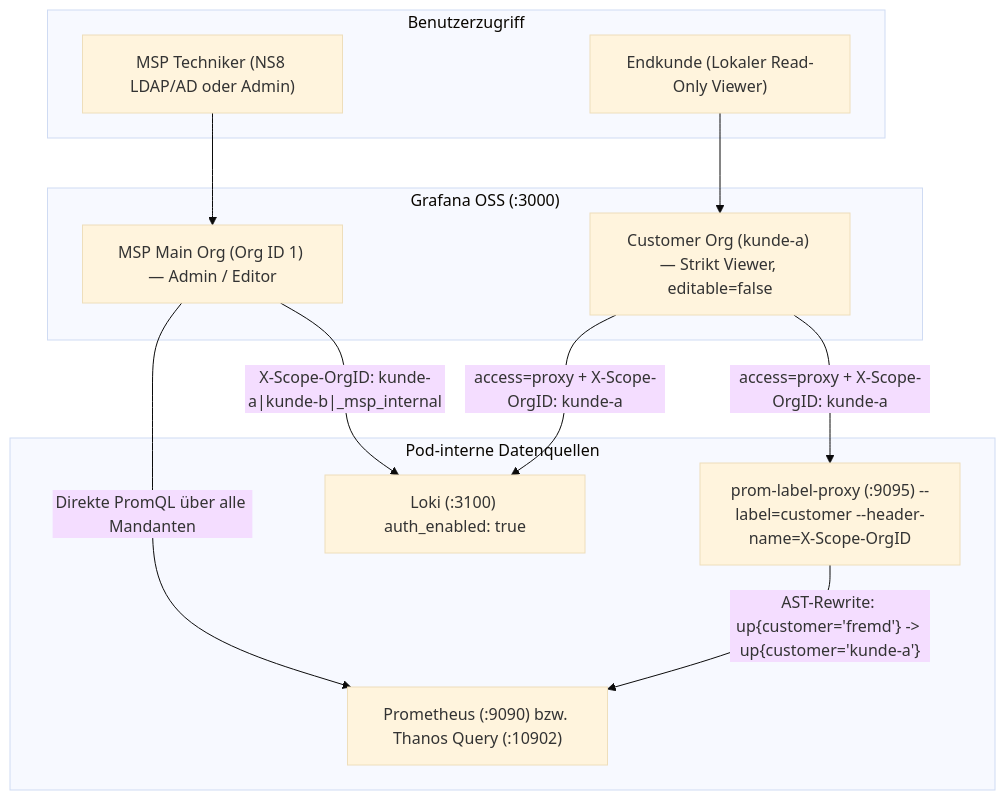
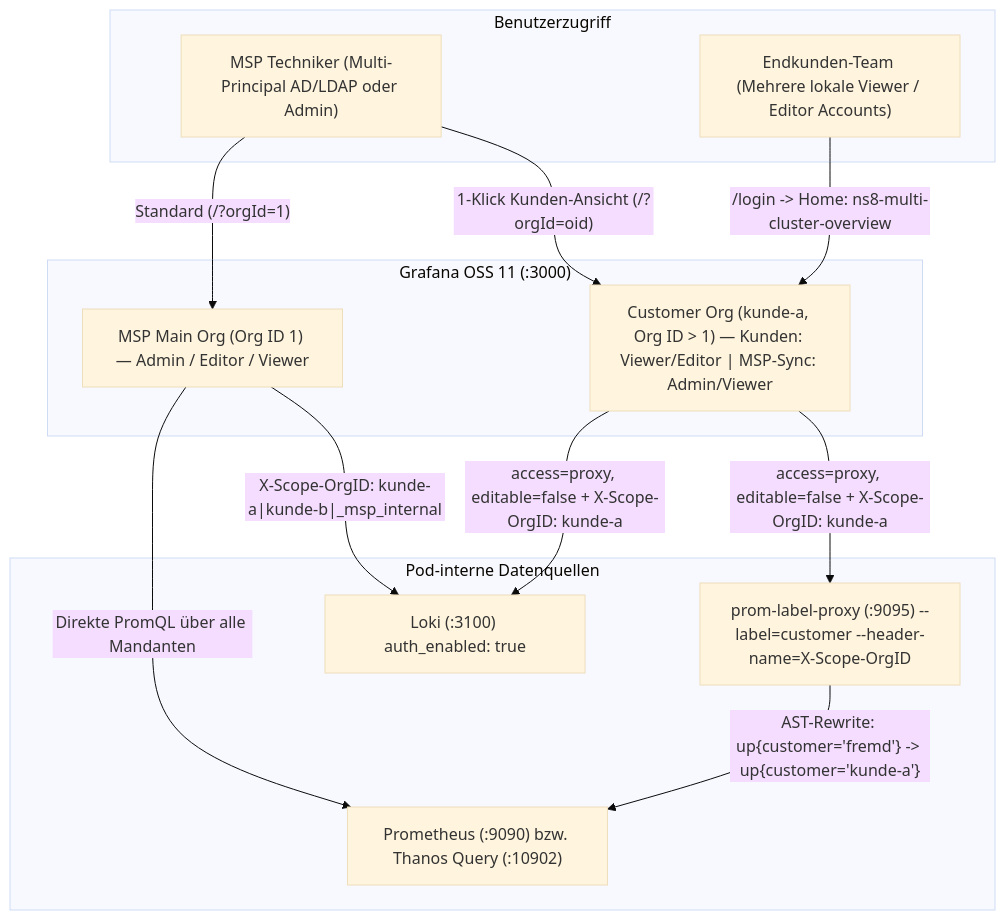
One commit to BLS-ISP/ns8-centralmonitoringservice changed the second of 2 diagrams in docs/architecture.md. Above: the diagram before and after it, drawn with Mermaid (base theme). The commit also changed other lines of this file and 16 other files, not shown here.

Commit message:
docs: add complete v1.1.0 MSP & customer manuals, module READMEs, dashboard/alert catalog, and spec sync

````diff
--- a/docs/architecture.md
+++ b/docs/architecture.md
@@ -99,28 +106,29 @@
 ```mermaid
 flowchart TD
     subgraph Browser["Benutzerzugriff"]
-        MSP["MSP Techniker (NS8 LDAP/AD oder Admin)"]
-        CUST["Endkunde (Lokaler Read-Only Viewer)"]
+        MSP["MSP Techniker (Multi-Principal AD/LDAP oder Admin)"]
+        CUST["Endkunden-Team (Mehrere lokale Viewer / Editor Accounts)"]
     end
 
-    subgraph Grafana["Grafana OSS (:3000)"]
-        ORG1["MSP Main Org (Org ID 1) — Admin / Editor"]
-        ORGC["Customer Org (kunde-a) — Strikt Viewer, editable=false"]
+    subgraph Grafana["Grafana OSS 11 (:3000)"]
+        ORG1["MSP Main Org (Org ID 1) — Admin / Editor / Viewer"]
+        ORGC["Customer Org (kunde-a, Org ID > 1) — Kunden: Viewer/Editor | MSP-Sync: Admin/Viewer"]
     end
 
     subgraph Isolation["Pod-interne Datenquellen"]
         PLP["prom-label-proxy (:9095) --label=customer --header-name=X-Scope-OrgID"]
         UPSTREAM["Prometheus (:9090) bzw. Thanos Query (:10902)"]
         LOKIDS["Loki (:3100) auth_enabled: true"]
     end
 
-    MSP --> ORG1
-    CUST --> ORGC
+    MSP -- "Standard (/?orgId=1)" --> ORG1
+    MSP -- "1-Klick Kunden-Ansicht (/?orgId=oid)" --> ORGC
+    CUST -- "/login -> Home: ns8-multi-cluster-overview" --> ORGC
 
     ORG1 -- "Direkte PromQL über alle Mandanten" --> UPSTREAM
     ORG1 -- "X-Scope-OrgID: kunde-a|kunde-b|_msp_internal" --> LOKIDS
 
-    ORGC -- "access=proxy + X-Scope-OrgID: kunde-a" --> PLP
+    ORGC -- "access=proxy, editable=false + X-Scope-OrgID: kunde-a" --> PLP
     PLP -- "AST-Rewrite: up{customer='fremd'} -> up{customer='kunde-a'}" --> UPSTREAM
-    ORGC -- "access=proxy + X-Scope-OrgID: kunde-a" --> LOKIDS
+    ORGC -- "access=proxy, editable=false + X-Scope-OrgID: kunde-a" --> LOKIDS
 ```
````
